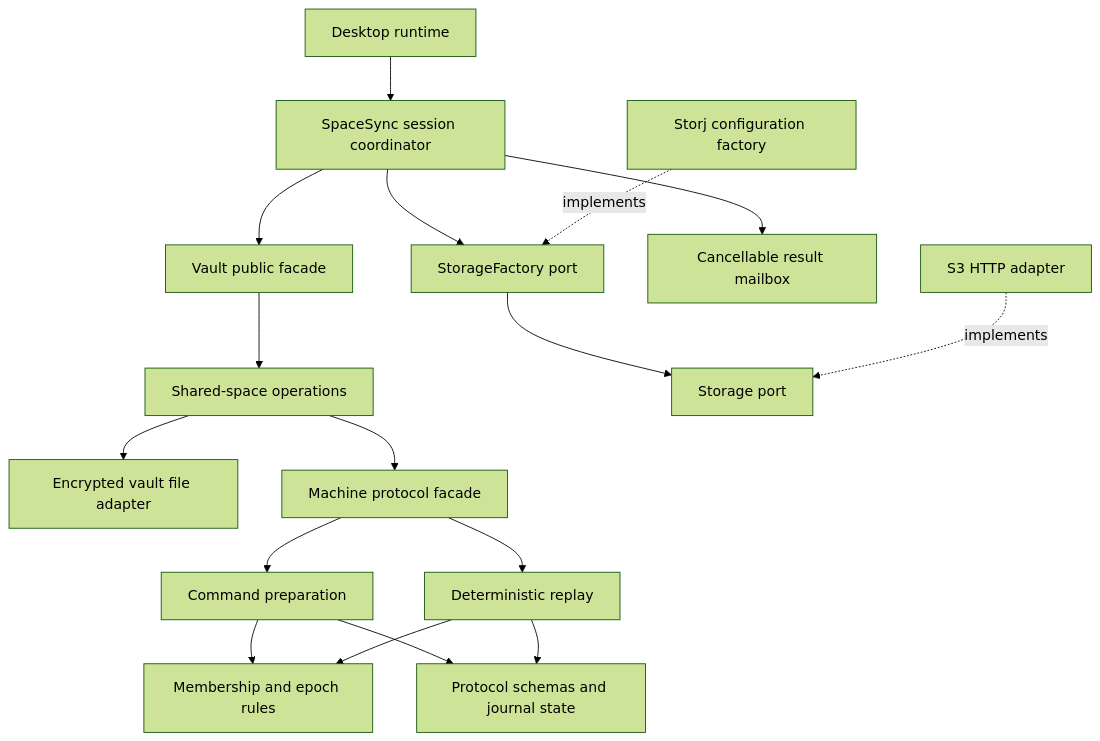
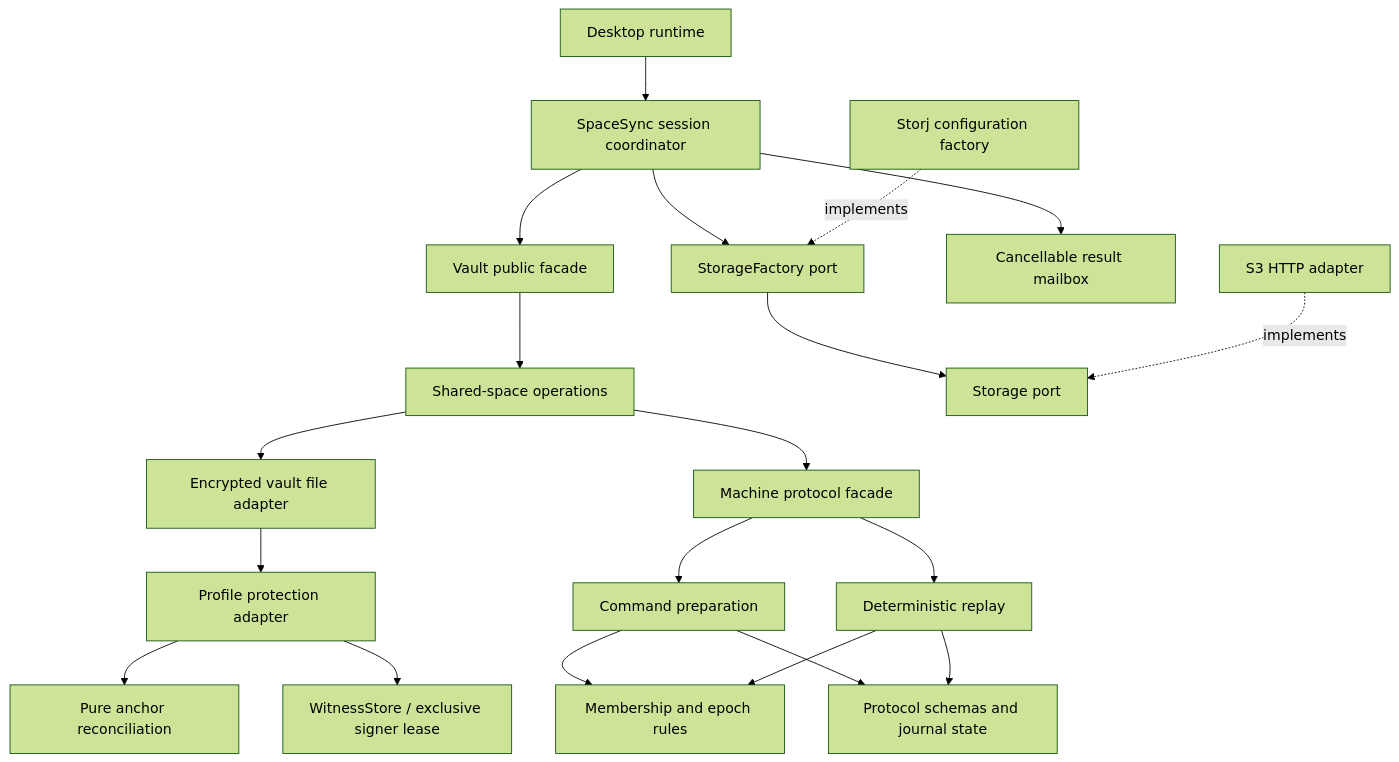
One commit to spooky-finn/lockbox changed the diagram in docs/sync-architecture.md. Above: the diagram before and after it, drawn with Mermaid (forest theme). The commit also changed other lines of this file and 53 other files, not shown here.

````diff
--- a/docs/sync-architecture.md
+++ b/docs/sync-architecture.md
@@ -11,19 +12,22 @@
 ```mermaid
 flowchart TD
     UI[Desktop runtime] --> Session[SpaceSync session coordinator]
     Session --> Vault[Vault public facade]
     Session --> Factory[StorageFactory port]
     Session --> Worker[Cancellable result mailbox]
     Vault --> Shared[Shared-space operations]
     Shared --> File[Encrypted vault file adapter]
     Shared --> Machine[Machine protocol facade]
+    File --> Protection[Profile protection adapter]
+    Protection --> Anchor[Pure anchor reconciliation]
+    Protection --> Witness[WitnessStore / exclusive signer lease]
     Machine --> Commands[Command preparation]
     Machine --> Replay[Deterministic replay]
     Commands --> Membership[Membership and epoch rules]
     Replay --> Membership
     Commands --> Schema[Protocol schemas and journal state]
     Replay --> Schema
     StorjFactory[Storj configuration factory] -. implements .-> Factory
     Factory --> Storage[Storage port]
     Storj[S3 HTTP adapter] -. implements .-> Storage
 ```
````
